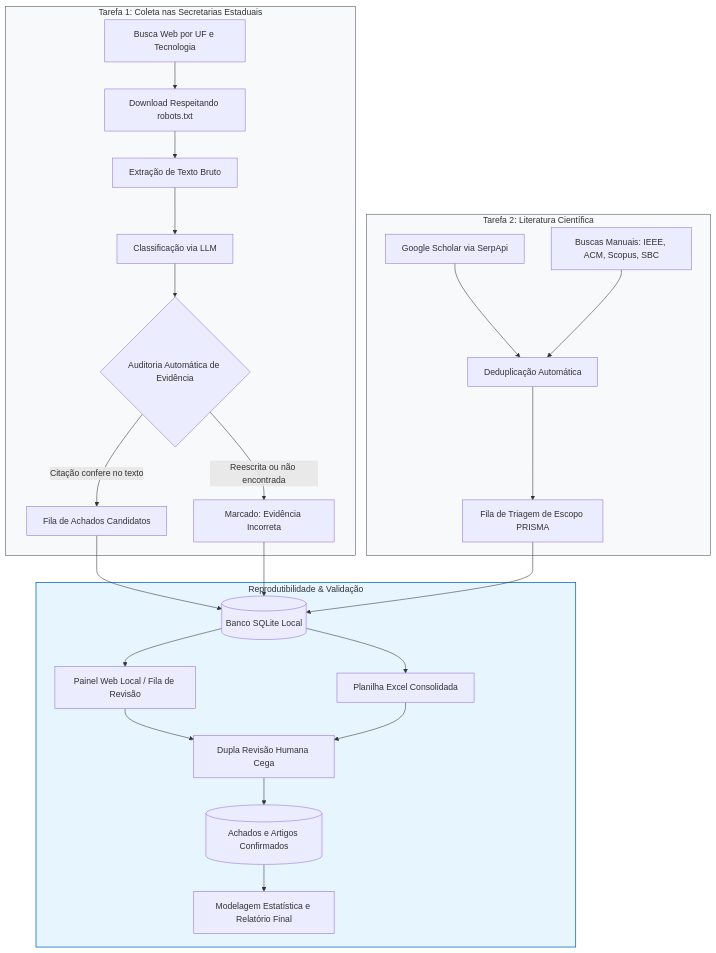
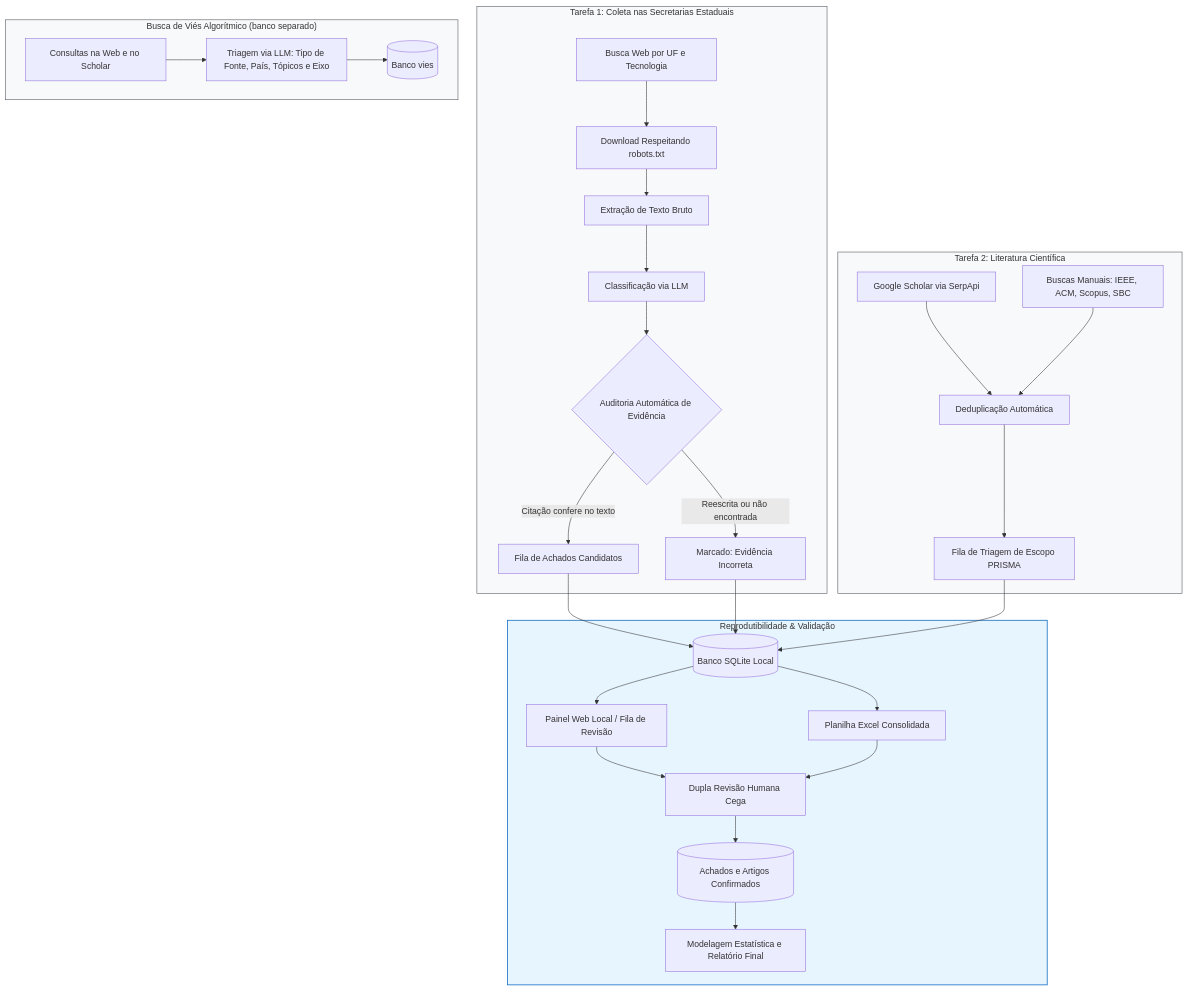
One commit to matheuskaiky/systematic-review-senasp changed the first of 2 diagrams in README.md. Above: the diagram before and after it, drawn with Mermaid. The commit also changed other lines of this file, not shown here.

Commit message:
F83: README com o banco vies, os comandos e as telas novas; os passos de implantacao na nuvem saem do README

````diff
--- a/README.md
+++ b/README.md
@@ -37,31 +40,37 @@
 ```mermaid
 flowchart TD
     subgraph FRENTE_1["Tarefa 1: Coleta nas Secretarias Estaduais"]
         A1[Busca Web por UF e Tecnologia] --> A2[Download Respeitando robots.txt]
         A2 --> A3[Extração de Texto Bruto]
         A3 --> A4[Classificação via LLM]
         A4 --> A5{Auditoria Automática de Evidência}
         A5 -- Citação confere no texto --> A6[Fila de Achados Candidatos]
         A5 -- Reescrita ou não encontrada --> A7[Marcado: Evidência Incorreta]
     end
 
     subgraph FRENTE_2["Tarefa 2: Literatura Científica"]
         B1[Google Scholar via SerpApi] --> B3[Deduplicação Automática]
         B2[Buscas Manuais: IEEE, ACM, Scopus, SBC] --> B3
         B3 --> B4[Fila de Triagem de Escopo PRISMA]
     end
 
+    subgraph FRENTE_3["Busca de Viés Algorítmico (banco separado)"]
+        V1[Consultas na Web e no Scholar] --> V2[Triagem via LLM: Tipo de Fonte, País, Tópicos e Eixo]
+        V2 --> V3[(Banco vies)]
+    end
+
     subgraph NUCLEO["Reprodutibilidade & Validação"]
         A6 & A7 & B4 --> C1[(Banco SQLite Local)]
         C1 --> D1[Painel Web Local / Fila de Revisão]
         C1 --> D2[Planilha Excel Consolidada]
         D1 & D2 --> E1[Dupla Revisão Humana Cega]
         E1 --> F1[(Achados e Artigos Confirmados)]
         F1 --> G1[Modelagem Estatística e Relatório Final]
     end
 
     style FRENTE_1 fill:#f8f9fa,stroke:#495057,stroke-width:1px
     style FRENTE_2 fill:#f8f9fa,stroke:#495057,stroke-width:1px
+    style FRENTE_3 fill:#f8f9fa,stroke:#495057,stroke-width:1px
     style NUCLEO fill:#e7f5ff,stroke:#1971c2,stroke-width:1.5px
 
 ```
````
